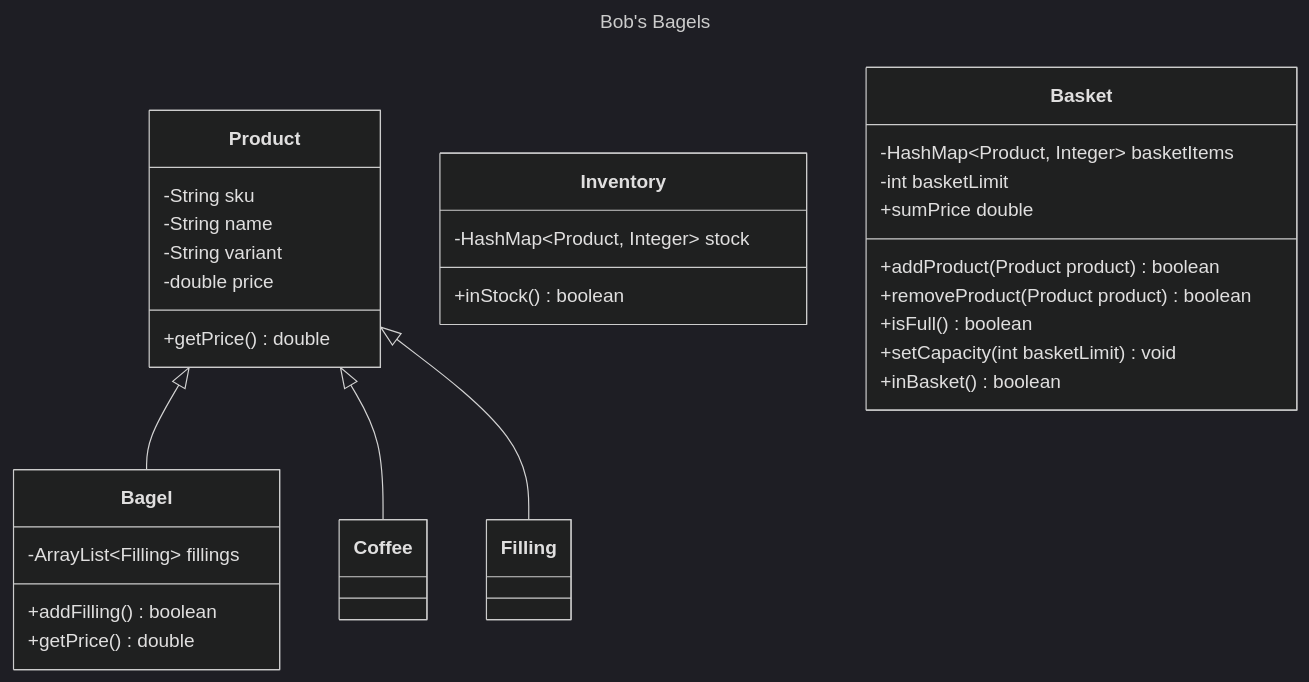
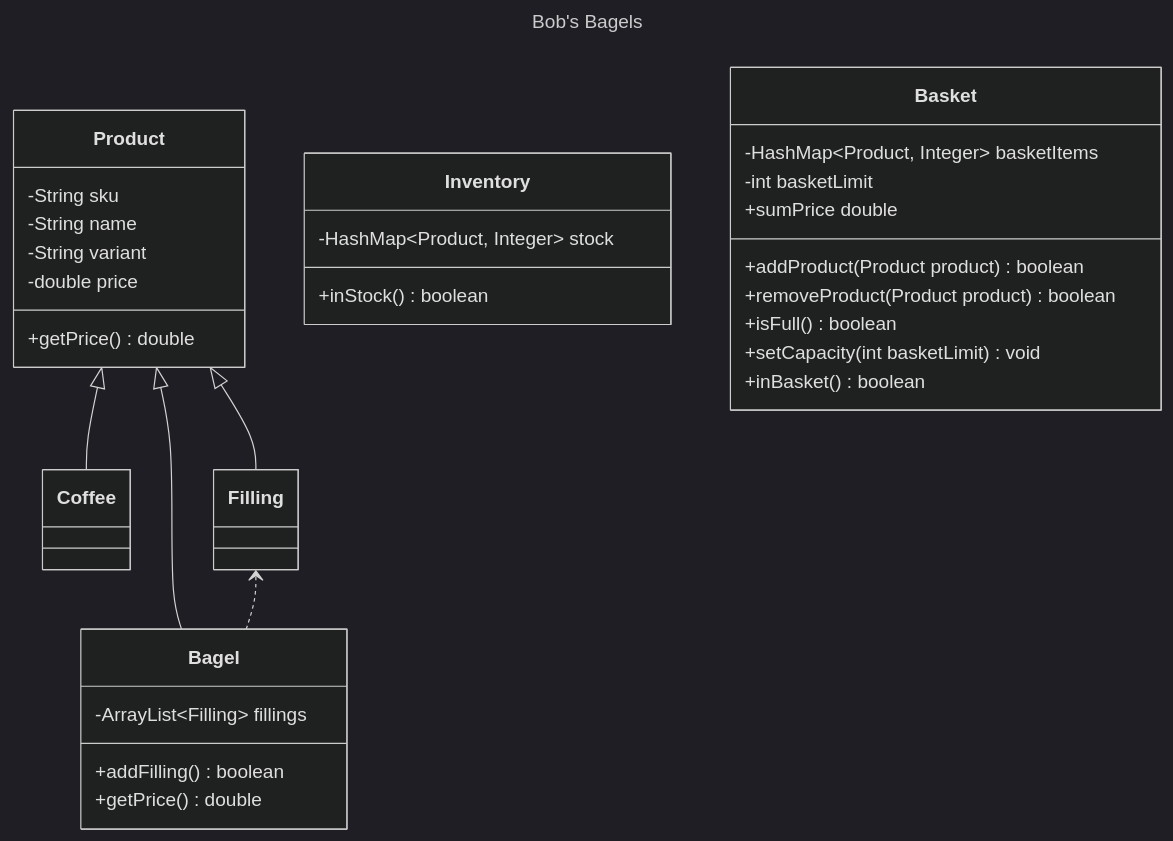
The diagram in class-diagram-core.mmd (boolean-uk/java-tdd-oop-bobs-bagels), drawn with Mermaid (dark theme) before and after one commit. The commit also changed 6 other files, not shown here.

```diff
--- a/class-diagram-core.mmd
+++ b/class-diagram-core.mmd
@@ -1,42 +1,42 @@
 ---
 title: Bob's Bagels
 ---
 classDiagram
     Product <|-- Bagel
     Product <|-- Coffee
     Product <|-- Filling
-
+    Filling <.. Bagel
     class Product {
         -String sku
         -String name
         -String variant
         -double price
 
         +getPrice() double
     }
     class Bagel {
         -ArrayList~Filling~ fillings
         +addFilling() boolean
         +getPrice() double
 
     }
     class Coffee {
 
     }
     class Filling {
 
     }
     class Inventory {
         -HashMap~Product, Integer~ stock
         +inStock() boolean
     }
     class Basket {
         -HashMap~Product, Integer~ basketItems
         -int basketLimit
         +addProduct(Product product) boolean
         +removeProduct(Product product) boolean
         +isFull() boolean
         +setCapacity(int basketLimit) void
         +inBasket() boolean
         +sumPrice double
     }
```
